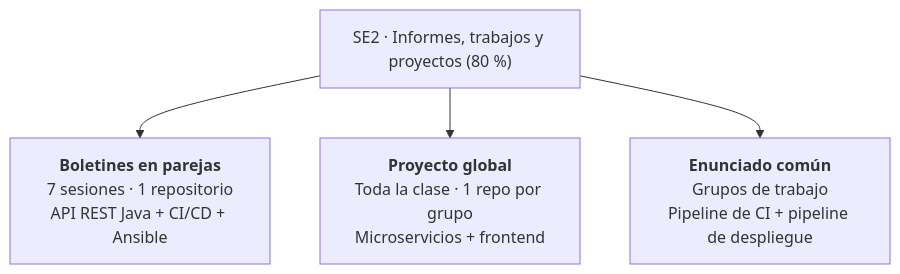
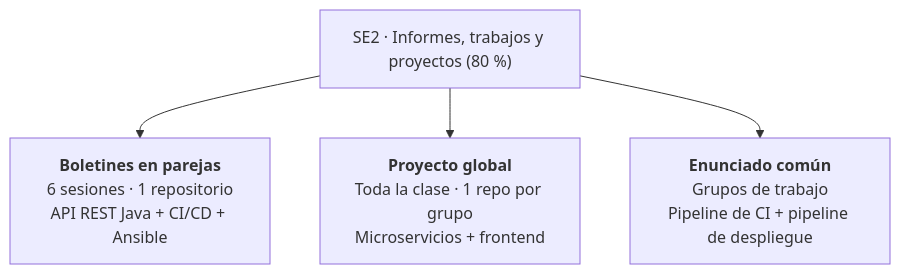
Before and after one commit to practicas-continuas-umu/apuntes: the second of 6 diagrams in content/practicas/boletin0-guia-del-curso.md, drawn with Mermaid. The commit also changed other lines of this file and 4 other files, not shown here.

````diff
--- a/content/practicas/boletin0-guia-del-curso.md
+++ b/content/practicas/boletin0-guia-del-curso.md
@@ -45,7 +45,7 @@
 ```mermaid
 flowchart TD
     SE2["SE2 · Informes, trabajos y proyectos (80 %)"]
-    SE2 --> A["<b>Boletines en parejas</b><br/>7 sesiones · 1 repositorio<br/>API REST Java + CI/CD + Ansible"]
+    SE2 --> A["<b>Boletines en parejas</b><br/>6 sesiones · 1 repositorio<br/>API REST Java + CI/CD + Ansible"]
     SE2 --> B["<b>Proyecto global</b><br/>Toda la clase · 1 repo por grupo<br/>Microservicios + frontend"]
     SE2 --> C["<b>Enunciado común</b><br/>Grupos de trabajo<br/>Pipeline de CI + pipeline de despliegue"]
 ```
````
